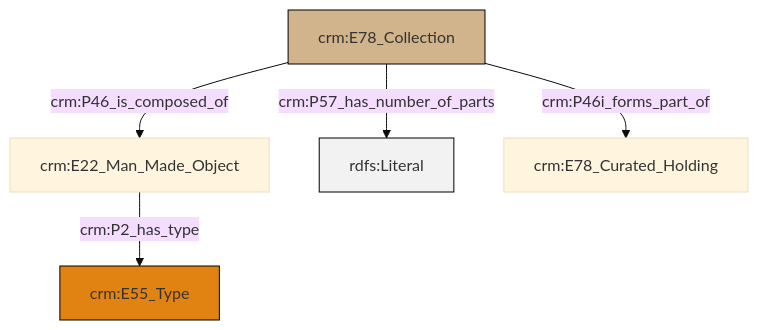
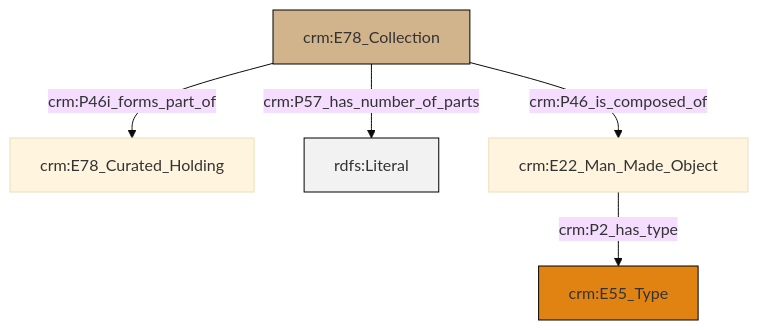
One commit to swiss-art-research-net/docs.swissartresearch changed the diagram in et/archivalCSV/ttl/mmd/archival_parthood.ttl.mmd. Above: the diagram before and after it, drawn with Mermaid (base theme). The commit also changed 177 other files, not shown here.

```diff
--- a/et/archivalCSV/ttl/mmd/archival_parthood.ttl.mmd
+++ b/et/archivalCSV/ttl/mmd/archival_parthood.ttl.mmd
@@ -1,19 +1,19 @@
 graph TD
 classDef Literal fill:#f2f2f2,stroke:#000000;
 classDef CRM_Entity fill:#FFFFFF,stroke:#000000;
 classDef Temporal_Entity fill:#00C9E6, stroke:#000000;
 classDef Type fill:#E18312, stroke:#000000;
 classDef Time-Span fill:#2C9C91, stroke:#000000;
 classDef Appellation fill:#FFEB7F, stroke:#000000;
 classDef Place fill:#008836, stroke:#000000;
 classDef Persistent_Item fill:#B266B2, stroke:#000000;
 classDef Conceptual_Object fill:#FFD700, stroke:#000000;
 classDef Physical_Thing fill:#D2B48C, stroke:#000000;
 classDef Actor fill:#f58aad, stroke:#000000;
 classDef PC_Classes fill:#4ce600, stroke:#000000;
 classDef Multi fill:#cccccc,stroke:#000000;
 
-0["crm:E22_Man_Made_Object"]:::Default -->|crm:P2_has_type| 1["crm:E55_Type"]:::Type
-2["crm:E78_Collection"]:::Physical_Thing -->|crm:P57_has_number_of_parts| 3[rdfs:Literal]:::Literal
-2["crm:E78_Collection"]:::Physical_Thing -->|crm:P46i_forms_part_of| 4["crm:E78_Curated_Holding"]:::Default
-2["crm:E78_Collection"]:::Physical_Thing -->|crm:P46_is_composed_of| 0["crm:E22_Man_Made_Object"]:::Default
+2["crm:E78_Collection"]:::Physical_Thing -->|crm:P46i_forms_part_of| 0["crm:E78_Curated_Holding"]:::Default
+2["crm:E78_Collection"]:::Physical_Thing -->|crm:P57_has_number_of_parts| 5[rdfs:Literal]:::Literal
+2["crm:E78_Collection"]:::Physical_Thing -->|crm:P46_is_composed_of| 6["crm:E22_Man_Made_Object"]:::Default
+6["crm:E22_Man_Made_Object"]:::Default -->|crm:P2_has_type| 3["crm:E55_Type"]:::Type
```
